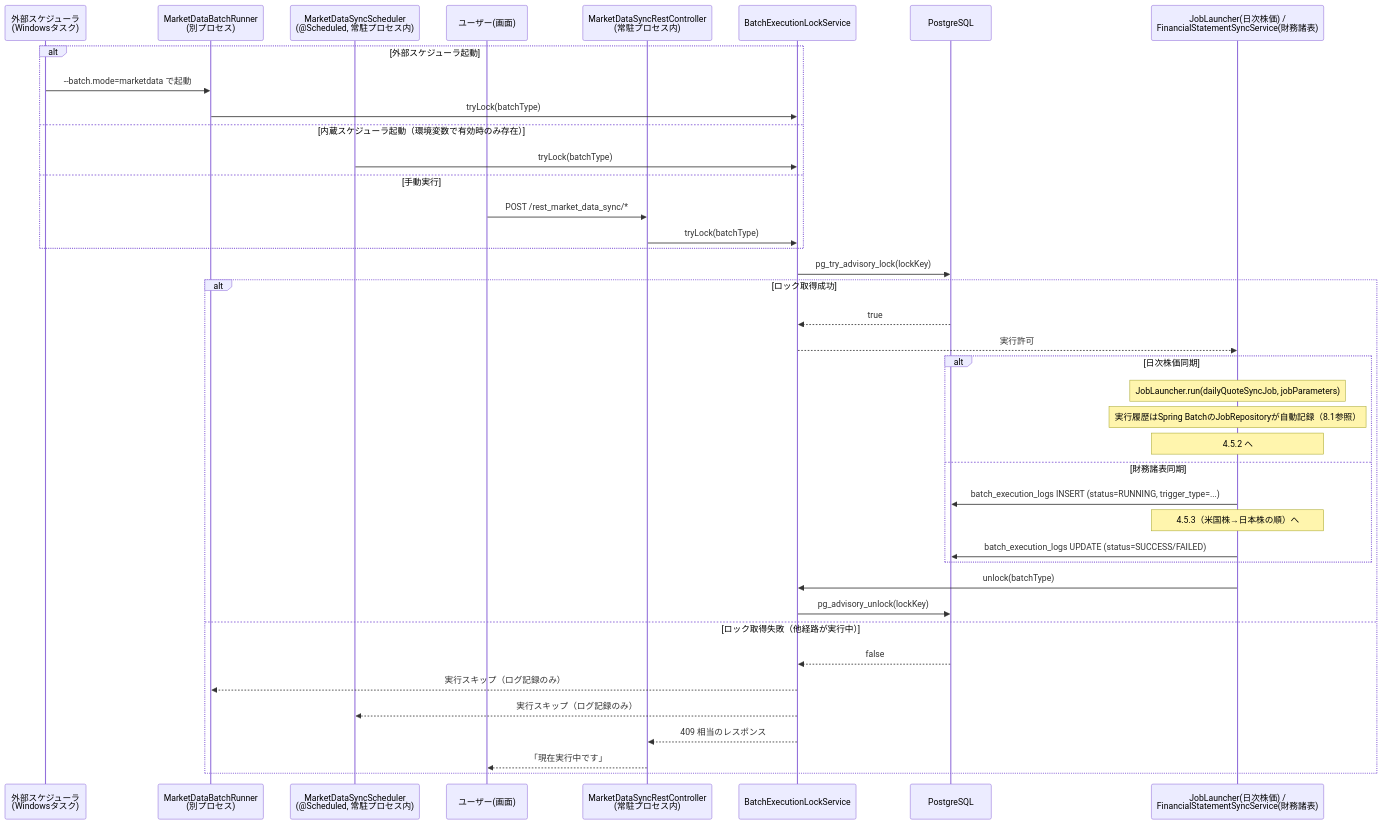
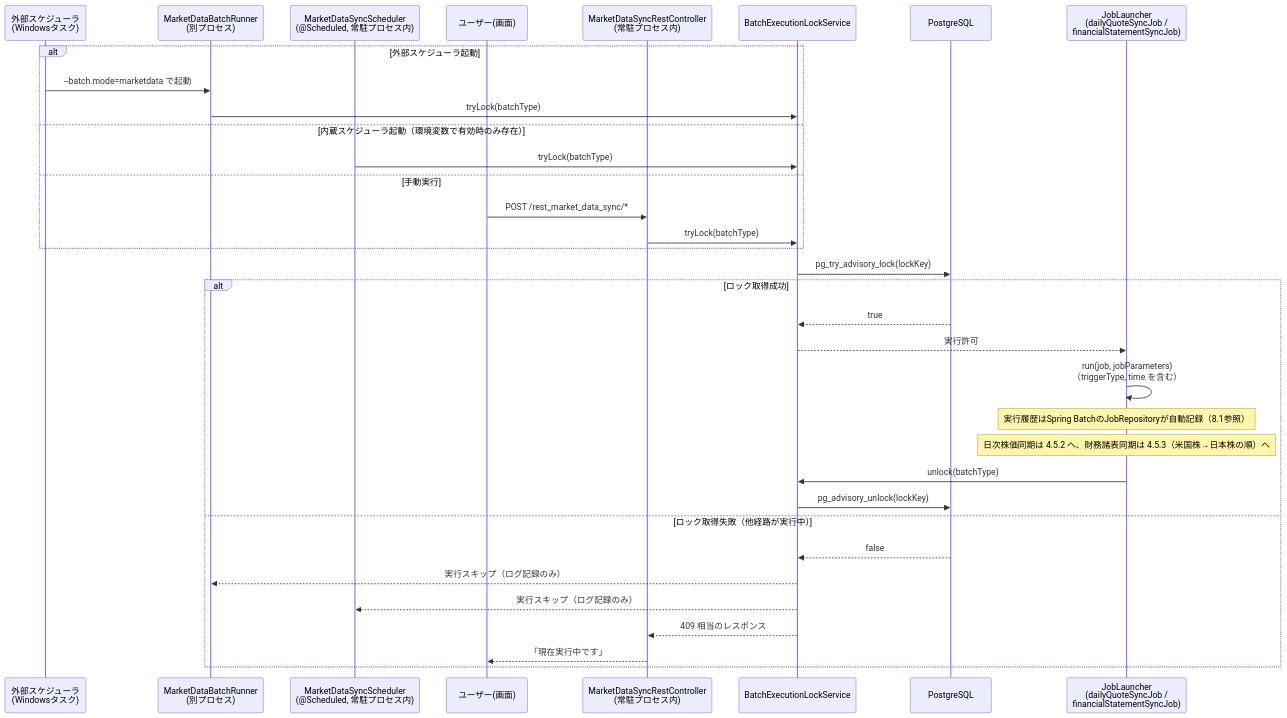
Before and after one commit to gitogitosnack/TheFairValueC2: the first of 5 diagrams in docs/batch-market-data-sync-design.md, drawn with Mermaid. The commit also changed other lines of this file, not shown here.

````diff
--- a/docs/batch-market-data-sync-design.md
+++ b/docs/batch-market-data-sync-design.md
@@ -374,44 +415,38 @@
 ```mermaid
 sequenceDiagram
     participant ExtSch as 外部スケジューラ<br/>(Windowsタスク)
     participant Runner as MarketDataBatchRunner<br/>(別プロセス)
     participant IntSch as MarketDataSyncScheduler<br/>(@Scheduled, 常駐プロセス内)
     participant User as ユーザー(画面)
     participant Ctrl as MarketDataSyncRestController<br/>(常駐プロセス内)
     participant Lock as BatchExecutionLockService
     participant DB as PostgreSQL
-    participant Exec as JobLauncher(日次株価) /<br/>FinancialStatementSyncService(財務諸表)
+    participant Launcher as JobLauncher<br/>(dailyQuoteSyncJob /<br/>financialStatementSyncJob)
 
     alt 外部スケジューラ起動
         ExtSch->>Runner: --batch.mode=marketdata で起動
         Runner->>Lock: tryLock(batchType)
     else 内蔵スケジューラ起動（環境変数で有効時のみ存在）
         IntSch->>Lock: tryLock(batchType)
     else 手動実行
         User->>Ctrl: POST /rest_market_data_sync/*
         Ctrl->>Lock: tryLock(batchType)
     end
 
     Lock->>DB: pg_try_advisory_lock(lockKey)
     alt ロック取得成功
         DB-->>Lock: true
-        Lock-->>Exec: 実行許可
-        alt 日次株価同期
-            Note over Exec: JobLauncher.run(dailyQuoteSyncJob, jobParameters)
-            Note over Exec: 実行履歴はSpring BatchのJobRepositoryが自動記録（8.1参照）
-            Note over Exec: 4.5.2 へ
-        else 財務諸表同期
-            Exec->>DB: batch_execution_logs INSERT (status=RUNNING, trigger_type=...)
-            Note over Exec: 4.5.3（米国株→日本株の順）へ
-            Exec->>DB: batch_execution_logs UPDATE (status=SUCCESS/FAILED)
-        end
-        Exec->>Lock: unlock(batchType)
+        Lock-->>Launcher: 実行許可
+        Launcher->>Launcher: run(job, jobParameters)<br/>（triggerType, time を含む）
+        Note over Launcher: 実行履歴はSpring BatchのJobRepositoryが自動記録（8.1参照）
+        Note over Launcher: 日次株価同期は 4.5.2 へ、財務諸表同期は 4.5.3（米国株→日本株の順）へ
+        Launcher->>Lock: unlock(batchType)
         Lock->>DB: pg_advisory_unlock(lockKey)
     else ロック取得失敗（他経路が実行中）
         DB-->>Lock: false
         Lock-->>Runner: 実行スキップ（ログ記録のみ）
         Lock-->>IntSch: 実行スキップ（ログ記録のみ）
         Lock-->>Ctrl: 409 相当のレスポンス
         Ctrl-->>User: 「現在実行中です」
     end
 ```
````
